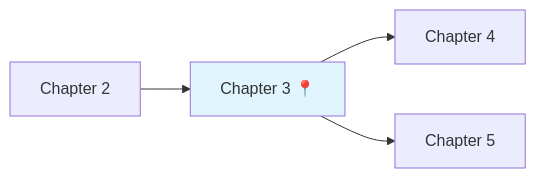
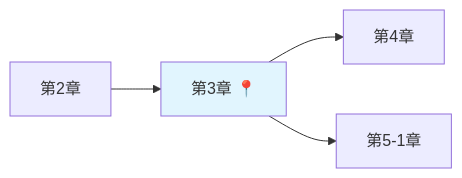
The fourth of 4 diagrams in docs/chapters/chapter03/index.md (itdojp/supabase-architecture-patterns-book), drawn with Mermaid before and after one commit. The commit also changed other lines of this file and 35 other files, not shown here.

````diff
--- a/docs/chapters/chapter03/index.md
+++ b/docs/chapters/chapter03/index.md
@@ -2205,8 +2205,8 @@
 ```mermaid
 flowchart LR
-    A[Chapter 2] --> B[Chapter 3 📍]
-    B --> C[Chapter 4]
-    B --> D[Chapter 5]
+    A[第2章] --> B[第3章 📍]
+    B --> C[第4章]
+    B --> D[第5-1章]
     
     style B fill:#e1f5fe
 ```
````
